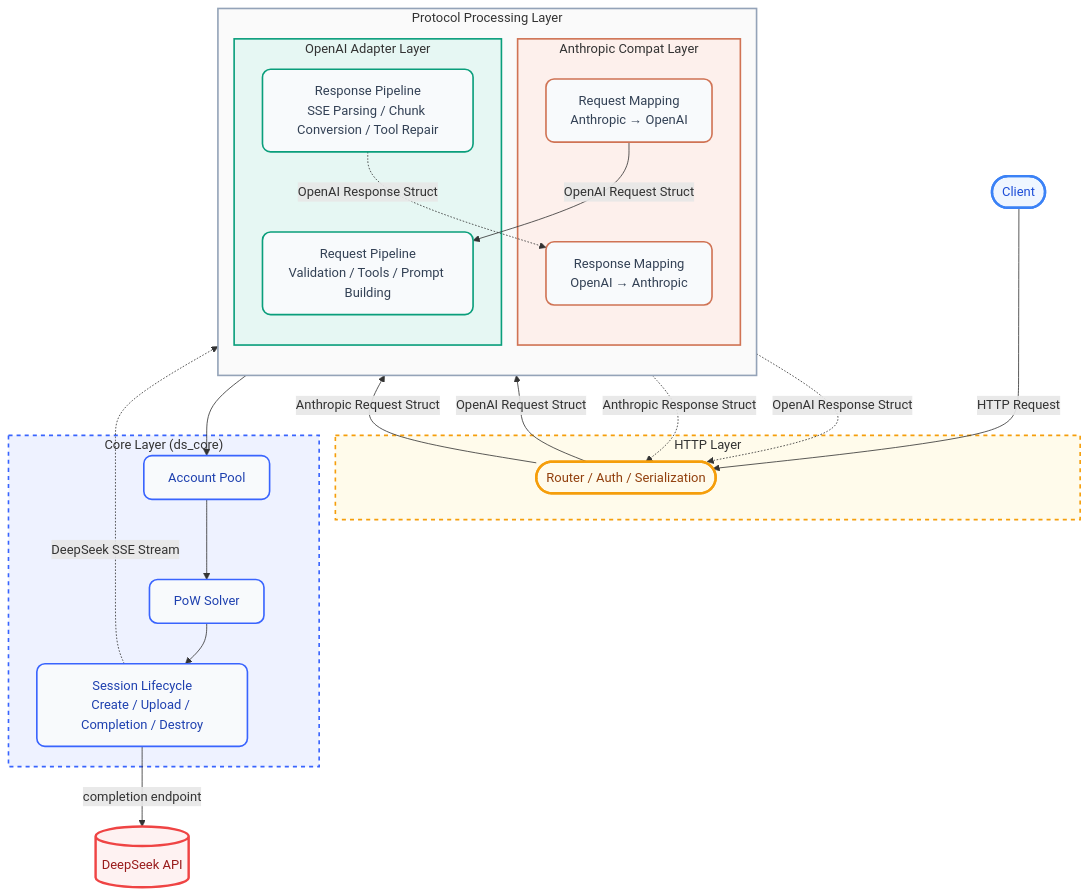
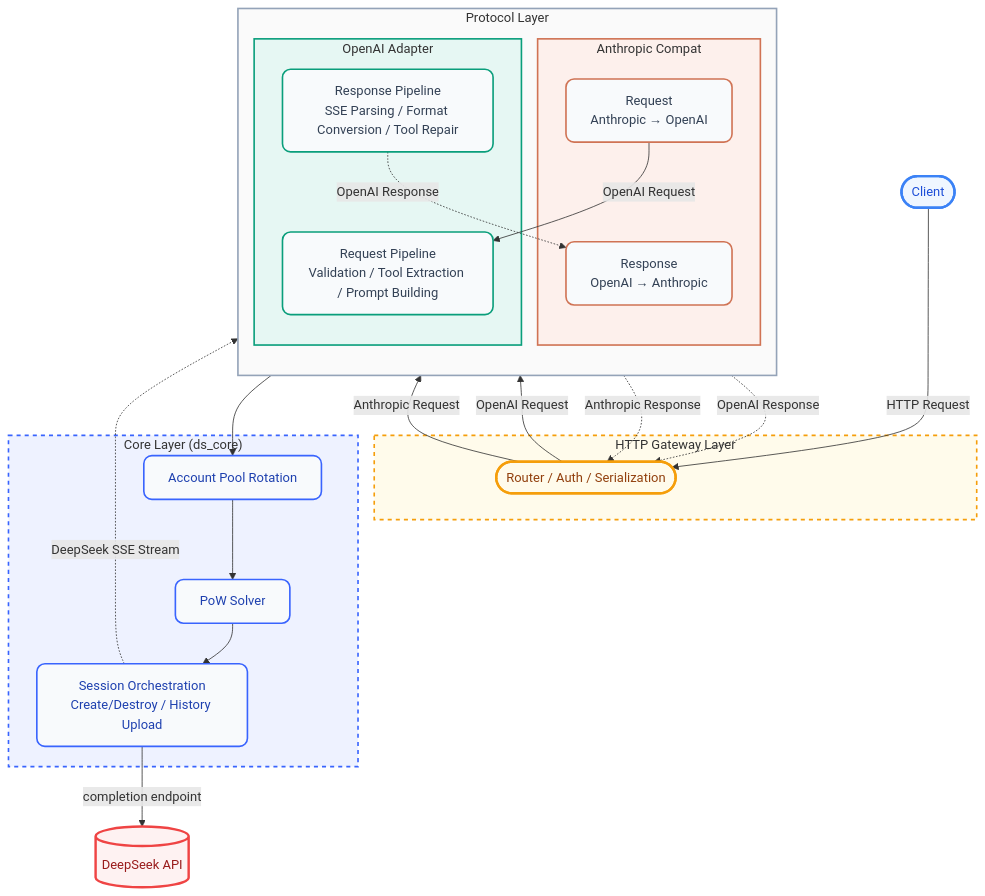
One commit to parasshah10/d2a changed the first of 3 diagrams in README.en.md. Above: the diagram before and after it, drawn with Mermaid. The commit also changed other lines of this file and 26 other files, not shown here.

````diff
--- a/README.en.md
+++ b/README.en.md
@@ -281,63 +163,63 @@
 ```mermaid
 flowchart TB
-    %% ===== Styles =====
+    %% ===== Theme =====
     classDef client fill:#eff6ff,stroke:#3b82f6,stroke-width:3px,color:#1d4ed8,rx:14,ry:14
     classDef gateway fill:#fffbeb,stroke:#f59e0b,stroke-width:3px,color:#92400e,rx:12,ry:12
     classDef openai_adapter fill:#f8fafc,stroke:#0a9e7b,stroke-width:2px,color:#334155,rx:10,ry:10
     classDef anthropic_compat fill:#f8fafc,stroke:#d07354,stroke-width:2px,color:#334155,rx:10,ry:10
     classDef ds_core fill:#f8fafc,stroke:#3964fe,stroke-width:2px,color:#1e40af,rx:10,ry:10
     classDef external fill:#fef2f2,stroke:#ef4444,stroke-width:3px,color:#991b1b,rx:6,ry:6
 
     %% ===== Nodes =====
     Client(["Client"]):::client
 
-    subgraph GW ["HTTP Layer"]
+    subgraph GW ["HTTP Gateway Layer"]
         Handler(["Router / Auth / Serialization"]):::gateway
     end
 
-    subgraph PL ["Protocol Processing Layer"]
+    subgraph PL ["Protocol Layer"]
         direction TB
 
-        subgraph AC ["Anthropic Compat Layer"]
-            A2O["Request Mapping<br/>Anthropic → OpenAI"]:::anthropic_compat
-            O2A["Response Mapping<br/>OpenAI → Anthropic"]:::anthropic_compat
+        subgraph AC ["Anthropic Compat"]
+            A2O["Request<br/>Anthropic → OpenAI"]:::anthropic_compat
+            O2A["Response<br/>OpenAI → Anthropic"]:::anthropic_compat
         end
 
-        subgraph OA ["OpenAI Adapter Layer"]
-            ReqPipe["Request Pipeline<br/>Validation / Tools / Prompt Building"]:::openai_adapter
-            RespPipe["Response Pipeline<br/>SSE Parsing / Chunk Conversion / Tool Repair"]:::openai_adapter
+        subgraph OA ["OpenAI Adapter"]
+            ReqPipe["Request Pipeline<br/>Validation / Tool Extraction / Prompt Building"]:::openai_adapter
+            RespPipe["Response Pipeline<br/>SSE Parsing / Format Conversion / Tool Repair"]:::openai_adapter
         end
     end
 
     subgraph CL ["Core Layer (ds_core)"]
-        Pool["Account Pool"]:::ds_core
+        Pool["Account Pool Rotation"]:::ds_core
         PoW["PoW Solver"]:::ds_core
-        Session["Session Lifecycle<br/>Create / Upload / Completion / Destroy"]:::ds_core
+        Session["Session Orchestration<br/>Create/Destroy / History Upload"]:::ds_core
     end
 
     DeepSeek[("DeepSeek API")]:::external
 
     %% ===== Connections =====
     Client -->|"HTTP Request"| Handler
 
-    Handler -->|"OpenAI Request Struct"| ReqPipe
-    Handler -->|"Anthropic Request Struct"| A2O
-    A2O -->|"OpenAI Request Struct"| ReqPipe
+    Handler -->|"OpenAI Request"| ReqPipe
+    Handler -->|"Anthropic Request"| A2O
+    A2O -->|"OpenAI Request"| ReqPipe
 
     ReqPipe --> Pool
     Pool --> PoW
     PoW --> Session
     Session -->|"completion endpoint"| DeepSeek
 
     Session -.->|"DeepSeek SSE Stream"| RespPipe
-    RespPipe -.->|"OpenAI Response Struct"| Handler
-    RespPipe -.->|"OpenAI Response Struct"| O2A
-    O2A -.->|"Anthropic Response Struct"| Handler
+    RespPipe -.->|"OpenAI Response"| Handler
+    RespPipe -.->|"OpenAI Response"| O2A
+    O2A -.->|"Anthropic Response"| Handler
 
     %% ===== Subgraph Styles =====
     style GW fill:#fffbeb,stroke:#f59e0b,stroke-width:2px,stroke-dasharray: 5 5
     style PL fill:#fafafa,stroke:#94a3b8,stroke-width:2px
     style AC fill:#fdf0ec,stroke:#d07354,stroke-width:2px
     style OA fill:#e6f7f3,stroke:#0a9e7b,stroke-width:2px
     style CL fill:#eef2ff,stroke:#3964fe,stroke-width:2px,stroke-dasharray: 5 5
 ```
````
